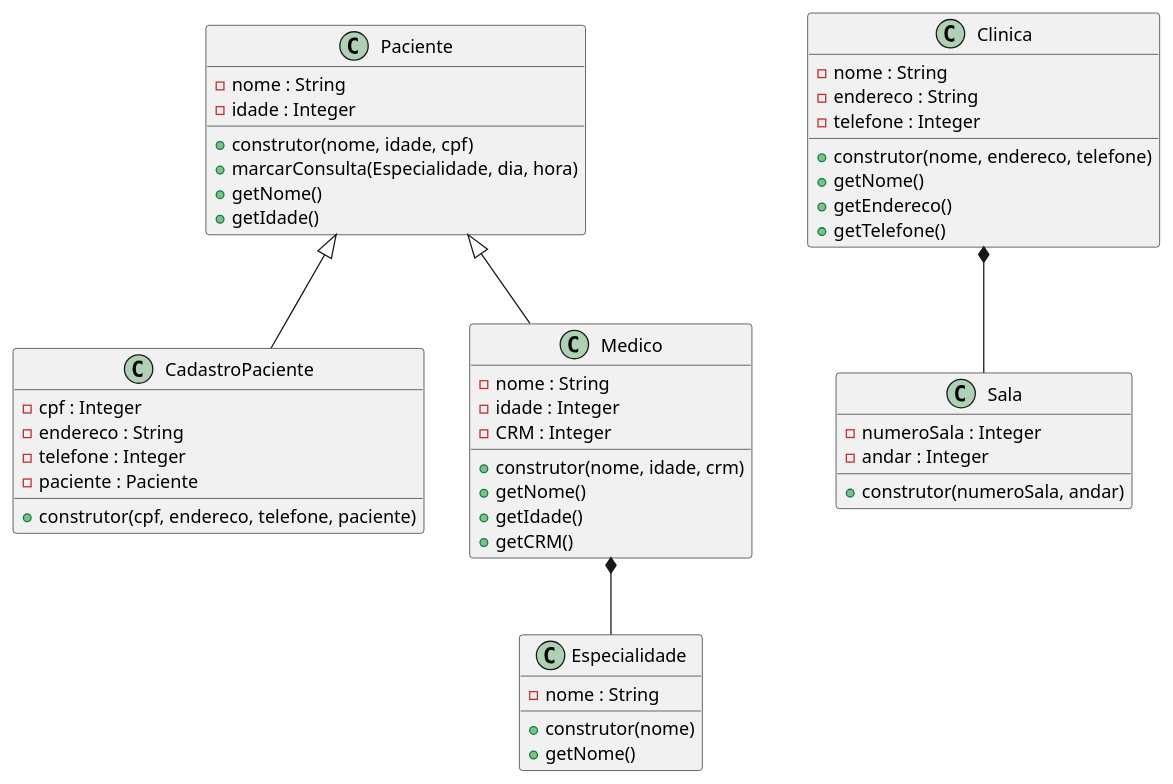
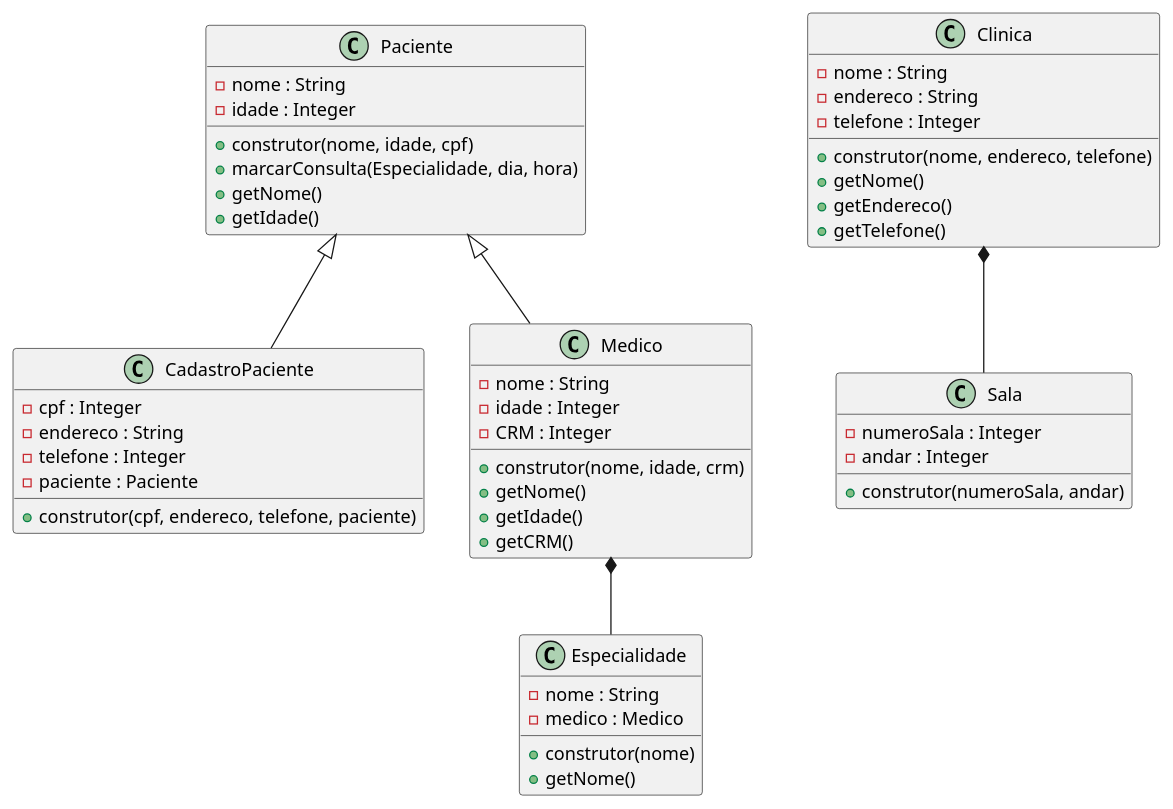
One commit to anleaes/2022-1-N2-POO-03 changed the diagram in diagrama.plantuml. Above: the diagram before and after it, drawn with PlantUML.

Commit message:
inserido atributo medico em especialidade

```diff
--- a/diagrama.plantuml
+++ b/diagrama.plantuml
@@ -1,58 +1,59 @@
 @startuml Gerenciamento de Exames Medicos
 
     class Paciente{
         - nome : String
         - idade : Integer
         + construtor(nome, idade, cpf)
         + marcarConsulta(Especialidade, dia, hora)
         + getNome()
         + getIdade()
     }
 
     class CadastroPaciente{
         - cpf : Integer
         - endereco : String
         - telefone : Integer
         - paciente : Paciente
         + construtor(cpf, endereco, telefone, paciente)
     }
 
     class Medico{
         - nome : String
         - idade : Integer
         - CRM : Integer
         + construtor(nome, idade, crm)
         + getNome()
         + getIdade()
         + getCRM()
     }
 
     class Especialidade{
         - nome : String
+        - medico : Medico
         + construtor(nome)
         + getNome()
     }
 
     class Clinica{
         - nome : String
         - endereco : String
         - telefone : Integer
         + construtor(nome, endereco, telefone)
         + getNome()
         + getEndereco()
         + getTelefone()
     }
 
     class Sala{
         - numeroSala : Integer
         - andar : Integer
         + construtor(numeroSala, andar)
     }
 
     Paciente <|-- CadastroPaciente
     Paciente <|-- Medico
     Medico *-- Especialidade
 
     Clinica *-- Sala
 
 @enduml
```
